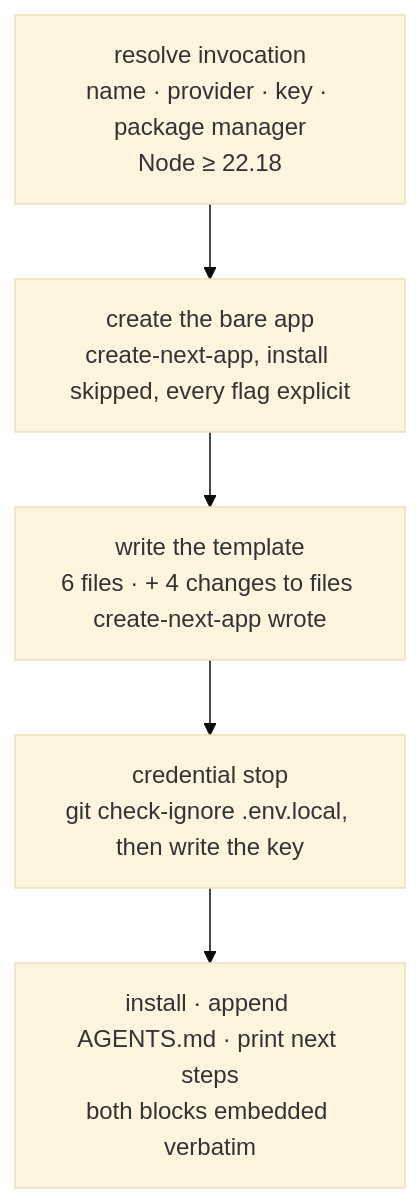
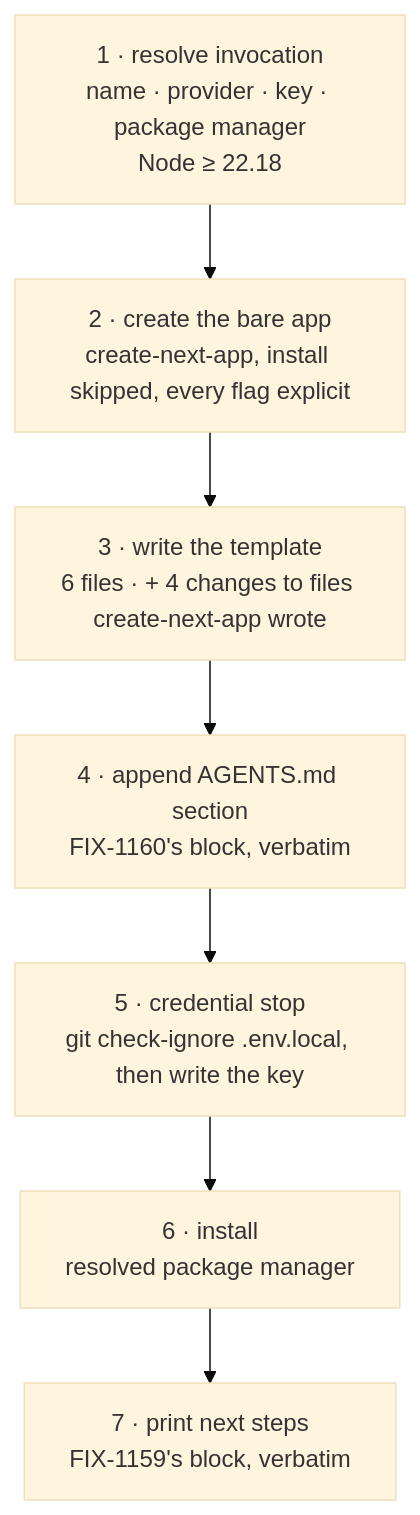
One commit to fixpoint-labs/flow-state-dev changed the diagram in spec/FIX-548.md. Above: the diagram before and after it, drawn with Mermaid (base theme). The commit also changed other lines of this file, not shown here.

First line of the commit message:
spec(FIX-548): order the deterministic writes ahead of the fallible ones, and fix a goal check that could not pass

````diff
--- a/spec/FIX-548.md
+++ b/spec/FIX-548.md
@@ -611,7 +675,9 @@
 ```mermaid
 flowchart TB
-  A[resolve invocation<br/>name · provider · key · package manager<br/>Node ≥ 22.18] --> B[create the bare app<br/>create-next-app, install skipped, every flag explicit]
-  B --> C[write the template<br/>6 files · + 4 changes to files create-next-app wrote]
-  C --> D[credential stop<br/>git check-ignore .env.local, then write the key]
-  D --> E[install · append AGENTS.md · print next steps<br/>both blocks embedded verbatim]
+  A[1 · resolve invocation<br/>name · provider · key · package manager<br/>Node ≥ 22.18] --> B[2 · create the bare app<br/>create-next-app, install skipped, every flag explicit]
+  B --> C[3 · write the template<br/>6 files · + 4 changes to files create-next-app wrote]
+  C --> D[4 · append AGENTS.md section<br/>FIX-1160's block, verbatim]
+  D --> E[5 · credential stop<br/>git check-ignore .env.local, then write the key]
+  E --> F[6 · install<br/>resolved package manager]
+  F --> G[7 · print next steps<br/>FIX-1159's block, verbatim]
 ```
````
